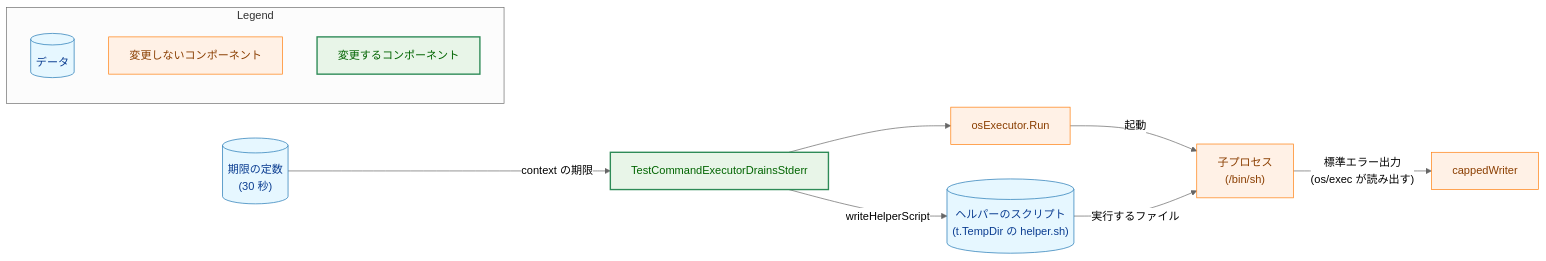
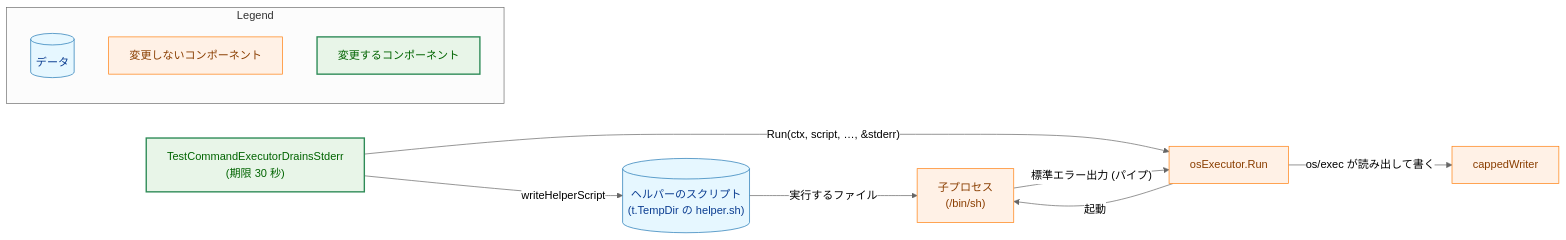
The second of 5 diagrams in docs/tasks/0064_stderr_drain_test_deadline/02_architecture.md (isseis/yt2column), drawn with Mermaid (neutral theme) before and after one commit. The commit also changed other lines of this file, not shown here.

First line of the commit message:
docs(0064): address review findings in the architecture

````diff
--- a/docs/tasks/0064_stderr_drain_test_deadline/02_architecture.md
+++ b/docs/tasks/0064_stderr_drain_test_deadline/02_architecture.md
@@ -92,34 +93,32 @@
 ```mermaid
 flowchart LR
     classDef data fill:#e6f7ff,stroke:#1f77b4,stroke-width:1px,color:#0b3d91;
     classDef process fill:#fff1e6,stroke:#ff7f0e,stroke-width:1px,color:#8a3e00;
     classDef enhanced fill:#e8f5e8,stroke:#2e8b57,stroke-width:2px,color:#006400;
 
-    TEST["TestCommandExecutorDrainsStderr"]
-    BOUND[("期限の定数<br>(30 秒)")]
+    TEST["TestCommandExecutorDrainsStderr<br>(期限 30 秒)"]
     SCRIPT[("ヘルパーのスクリプト<br>(t.TempDir の helper.sh)")]
     EXEC["osExecutor.Run"]
     CHILD["子プロセス<br>(/bin/sh)"]
     CAP["cappedWriter"]
 
-    BOUND -->|"context の期限"| TEST
     TEST -->|"writeHelperScript"| SCRIPT
-    TEST --> EXEC
+    TEST -->|"Run(ctx, script, …, &stderr)"| EXEC
     EXEC -->|"起動"| CHILD
     SCRIPT -->|"実行するファイル"| CHILD
-    CHILD -->|"標準エラー出力<br>(os/exec が読み出す)"| CAP
+    CHILD -->|"標準エラー出力 (パイプ)"| EXEC
+    EXEC -->|"os/exec が読み出して書く"| CAP
 
     class SCRIPT data
-    class BOUND data
     class TEST enhanced
     class EXEC,CHILD,CAP process
 
     subgraph Legend["Legend"]
         L1[("データ")]
         L2["変更しないコンポーネント"]
         L3["変更するコンポーネント"]
     end
     class L1 data
     class L2 process
     class L3 enhanced
 ```
````
